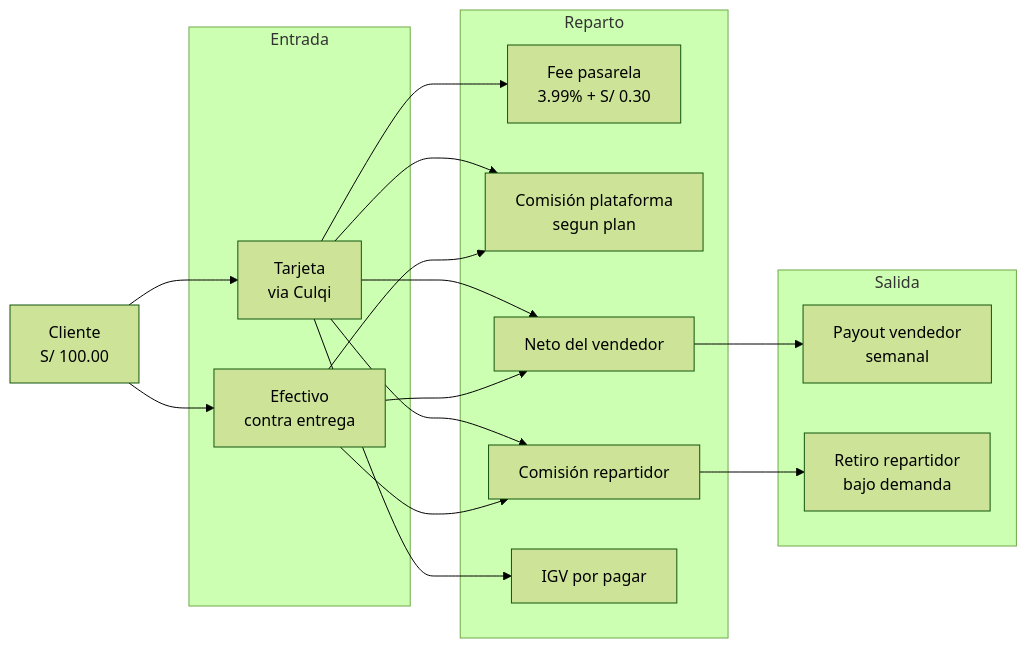
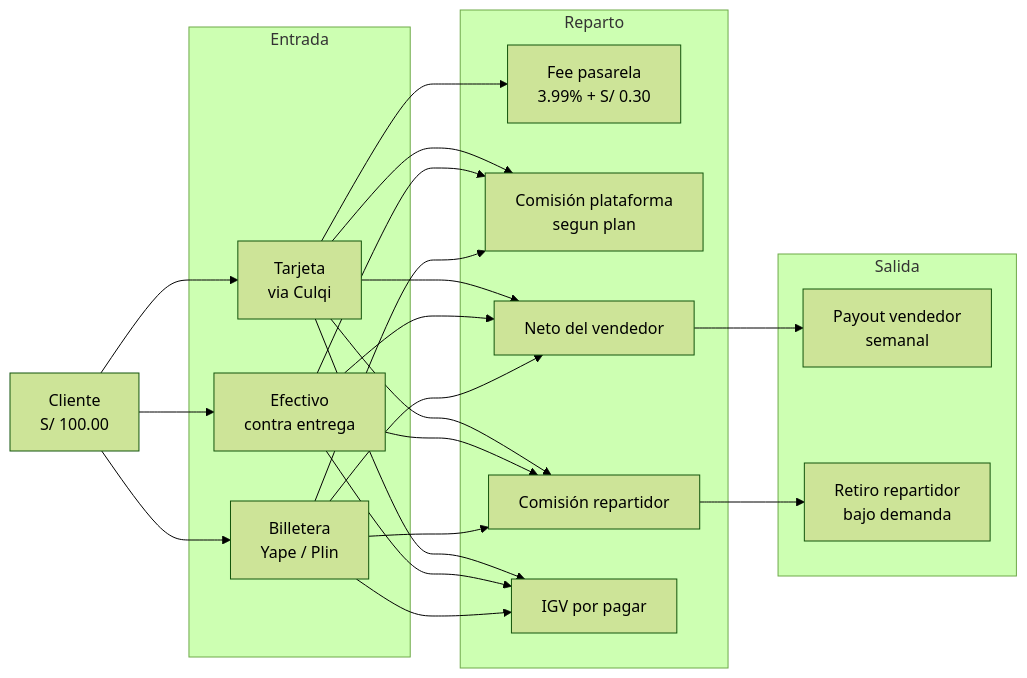
Before and after one commit to kanoso/ecommcerce-saas-sonet: the third of 19 diagrams in DOCS/FLUJO_DINERO.md, drawn with Mermaid (forest theme). The commit also changed other lines of this file, not shown here.

````diff
--- a/DOCS/FLUJO_DINERO.md
+++ b/DOCS/FLUJO_DINERO.md
@@ -265,35 +267,42 @@
 ```mermaid
 flowchart LR
     CUST["Cliente<br/>S/ 100.00"]
 
     subgraph IN["Entrada"]
         CARD["Tarjeta<br/>via Culqi"]
         CASH["Efectivo<br/>contra entrega"]
+        WALLET["Billetera<br/>Yape / Plin"]
     end
 
     subgraph SPLIT["Reparto"]
         GWFEE["Fee pasarela<br/>3.99% + S/ 0.30"]
         PCOM["Comisión plataforma<br/>segun plan"]
         RCOM["Comisión repartidor"]
         SNET["Neto del vendedor"]
         IGVP["IGV por pagar"]
     end
 
     subgraph OUT["Salida"]
         POUT["Payout vendedor<br/>semanal"]
         RWD["Retiro repartidor<br/>bajo demanda"]
     end
 
     CUST --> CARD
     CUST --> CASH
+    CUST --> WALLET
     CARD --> GWFEE
     CARD --> PCOM
     CARD --> RCOM
     CARD --> SNET
     CARD --> IGVP
     CASH --> RCOM
     CASH --> SNET
     CASH --> PCOM
+    CASH --> IGVP
+    WALLET --> RCOM
+    WALLET --> SNET
+    WALLET --> PCOM
+    WALLET --> IGVP
     SNET --> POUT
     RCOM --> RWD
 ```
````
